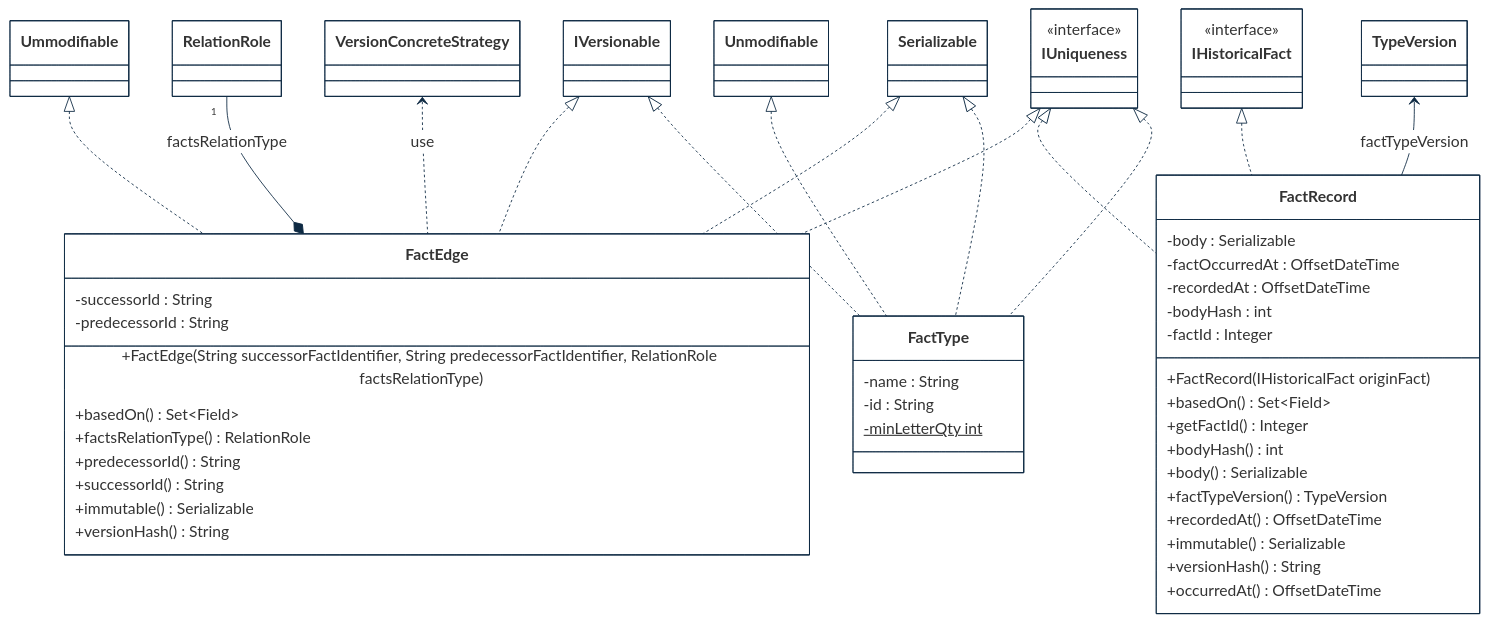
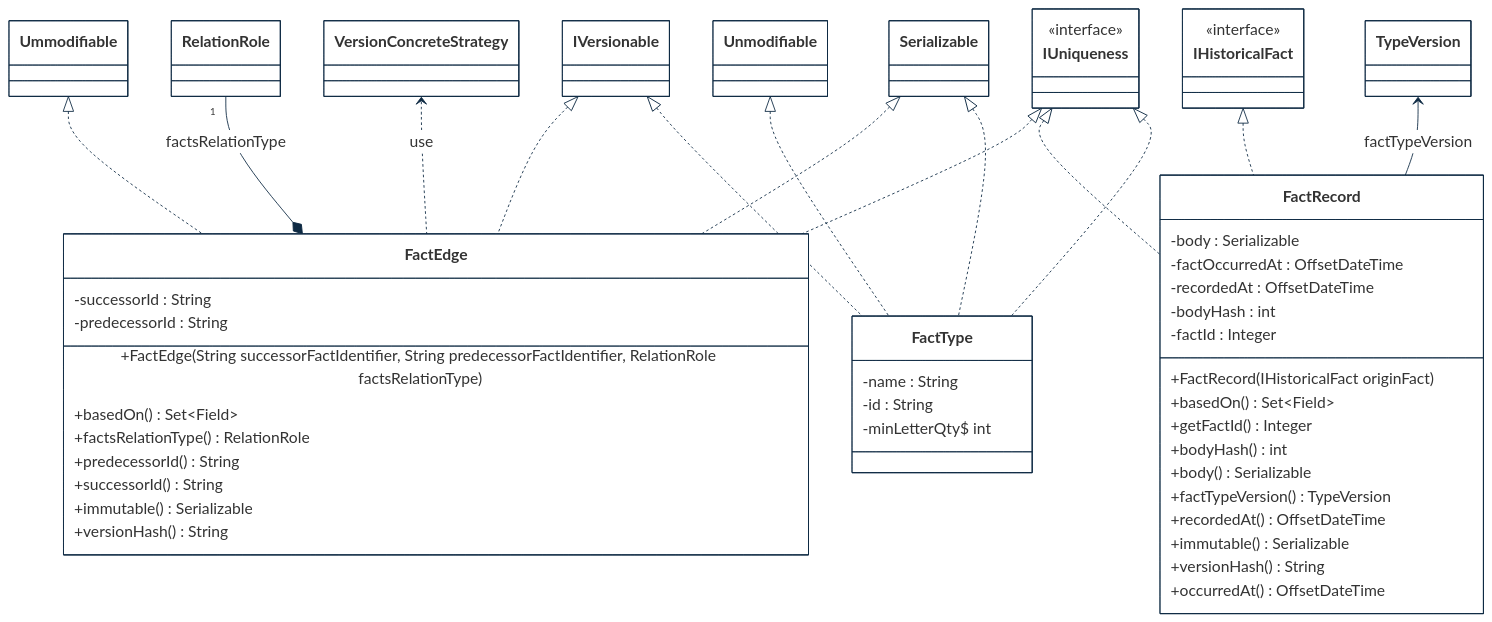
The first of 3 diagrams in implementations-line/framework/immutable/designview-packages.md (cybnity/foundation), drawn with Mermaid before and after one commit.

````diff
--- a/implementations-line/framework/immutable/designview-packages.md
+++ b/implementations-line/framework/immutable/designview-packages.md
@@ -15,76 +15,76 @@
 ```mermaid
 %%{
   init: {
     'theme': 'base',
     'themeVariables': {
         'background': '#ffffff',
         'fontFamily': 'arial',
         'fontSize': '18px',
         'primaryColor': '#fff',
         'primaryBorderColor': '#0e2a43',
         'secondaryBorderColor': '#0e2a43',
         'tertiaryBorderColor': '#0e2a43',
         'edgeLabelBackground':'#0e2a43',
         'lineColor': '#0e2a43',
         'tertiaryColor': '#fff'
     }
   }
 }%%
 classDiagram
     Ummodifiable <|.. FactEdge
     Unmodifiable <|.. FactType
     IVersionable <|.. FactEdge
     IVersionable <|.. FactType
     RelationRole "1" --* FactEdge : factsRelationType
     IHistoricalFact <|.. FactRecord
     VersionConcreteStrategy <.. FactEdge : use
     IUniqueness <|.. FactEdge
     IUniqueness <|.. FactRecord
     IUniqueness <|.. FactType
     Serializable <|.. FactEdge
     Serializable <|.. FactType
     TypeVersion <-- FactRecord : factTypeVersion
 
     class FactType {
         -name : String
         -id : String
-        -minLetterQty int$
+        -minLetterQty$ int
     }
     class IHistoricalFact {
         <<interface>>
     }
     class IUniqueness {
         <<interface>>
     }
     class RelationRole {
     }
     class FactEdge {
         -successorId : String
         -predecessorId : String
         +FactEdge(String successorFactIdentifier, String predecessorFactIdentifier, RelationRole factsRelationType)
         +basedOn() Set~Field~
         +factsRelationType() RelationRole
         +predecessorId() String
         +successorId() String
         +immutable() Serializable
         +versionHash() String
     }
     class FactRecord {
         -body : Serializable
         -factOccurredAt : OffsetDateTime
         -recordedAt : OffsetDateTime
         -bodyHash : int
         -factId : Integer
         +FactRecord(IHistoricalFact originFact)
         +basedOn() Set~Field~
         +getFactId() Integer
         +bodyHash() int
         +body() Serializable
         +factTypeVersion() TypeVersion
         +recordedAt() OffsetDateTime
         +immutable() Serializable
         +versionHash() String
         +occurredAt() OffsetDateTime
     }
 
 ```
````
